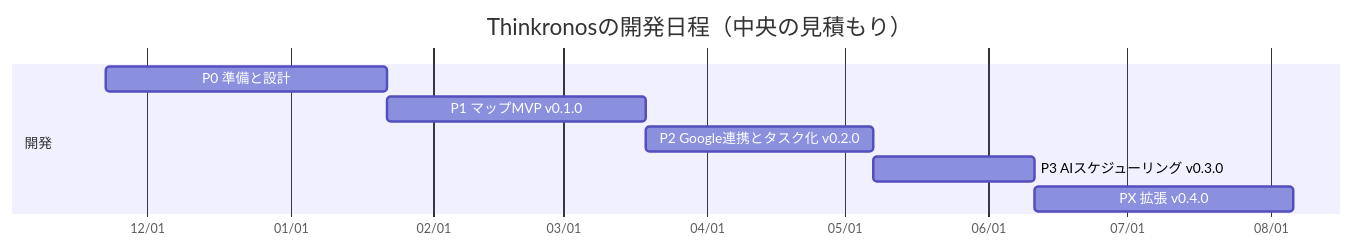
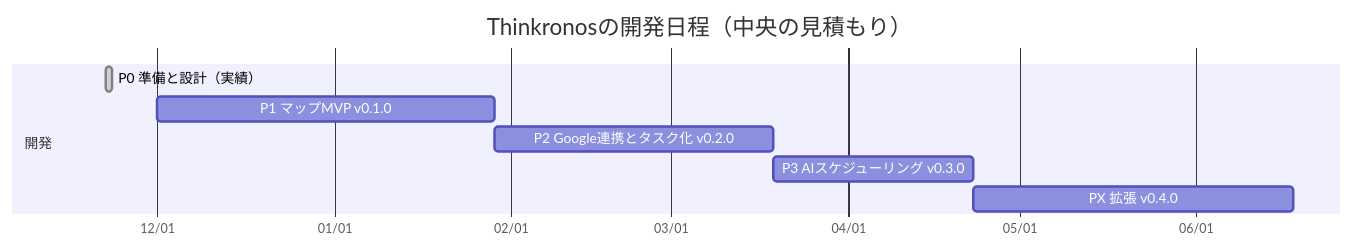
The first of 2 diagrams in docs/requirements/11a-implementation-plan.md (skajihara/thinkronos), drawn with Mermaid before and after one commit. The commit also changed other lines of this file and 2 other files, not shown here.

````diff
--- a/docs/requirements/11a-implementation-plan.md
+++ b/docs/requirements/11a-implementation-plan.md
@@ -9,12 +9,12 @@
 ```mermaid
 gantt
   title Thinkronosの開発日程（中央の見積もり）
   dateFormat YYYY-MM-DD
   axisFormat %m/%d
   section 開発
-  P0 準備と設計 :p0, 2026-11-22, 2027-01-22
-  P1 マップMVP v0.1.0 :p1, after p0, 2027-03-19
-  P2 Google連携とタスク化 v0.2.0 :p2, after p1, 2027-05-07
-  P3 AIスケジューリング v0.3.0 :p3, after p2, 2027-06-11
-  PX 拡張 v0.4.0 :px, after p3, 2027-08-06
+  P0 準備と設計（実績） :done, p0, 2026-11-22, 2026-11-23
+  P1 マップMVP v0.1.0 :p1, 2026-12-01, 2027-01-29
+  P2 Google連携とタスク化 v0.2.0 :p2, after p1, 7w
+  P3 AIスケジューリング v0.3.0 :p3, after p2, 5w
+  PX 拡張 v0.4.0 :px, after p3, 8w
 ```
````
